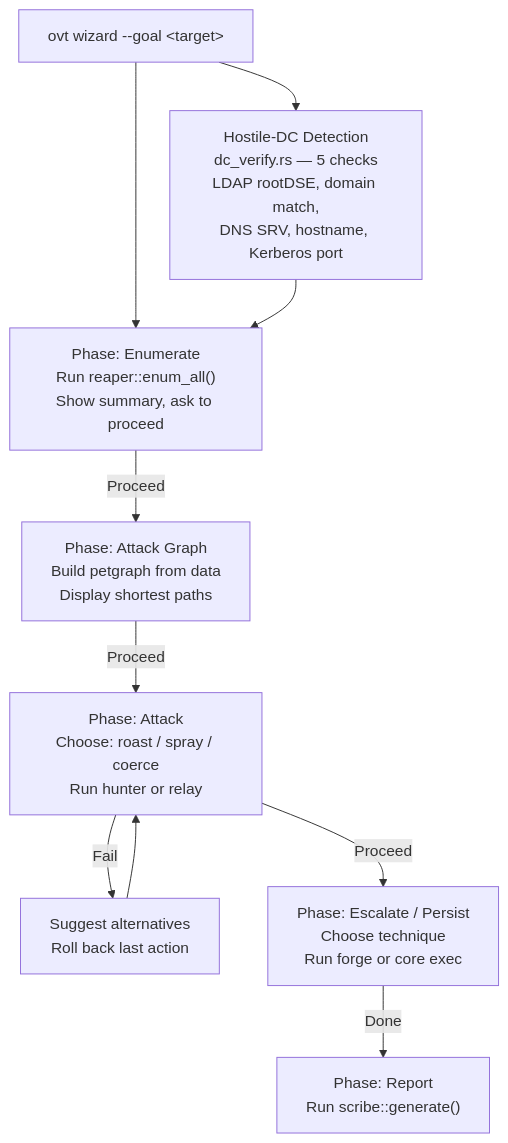
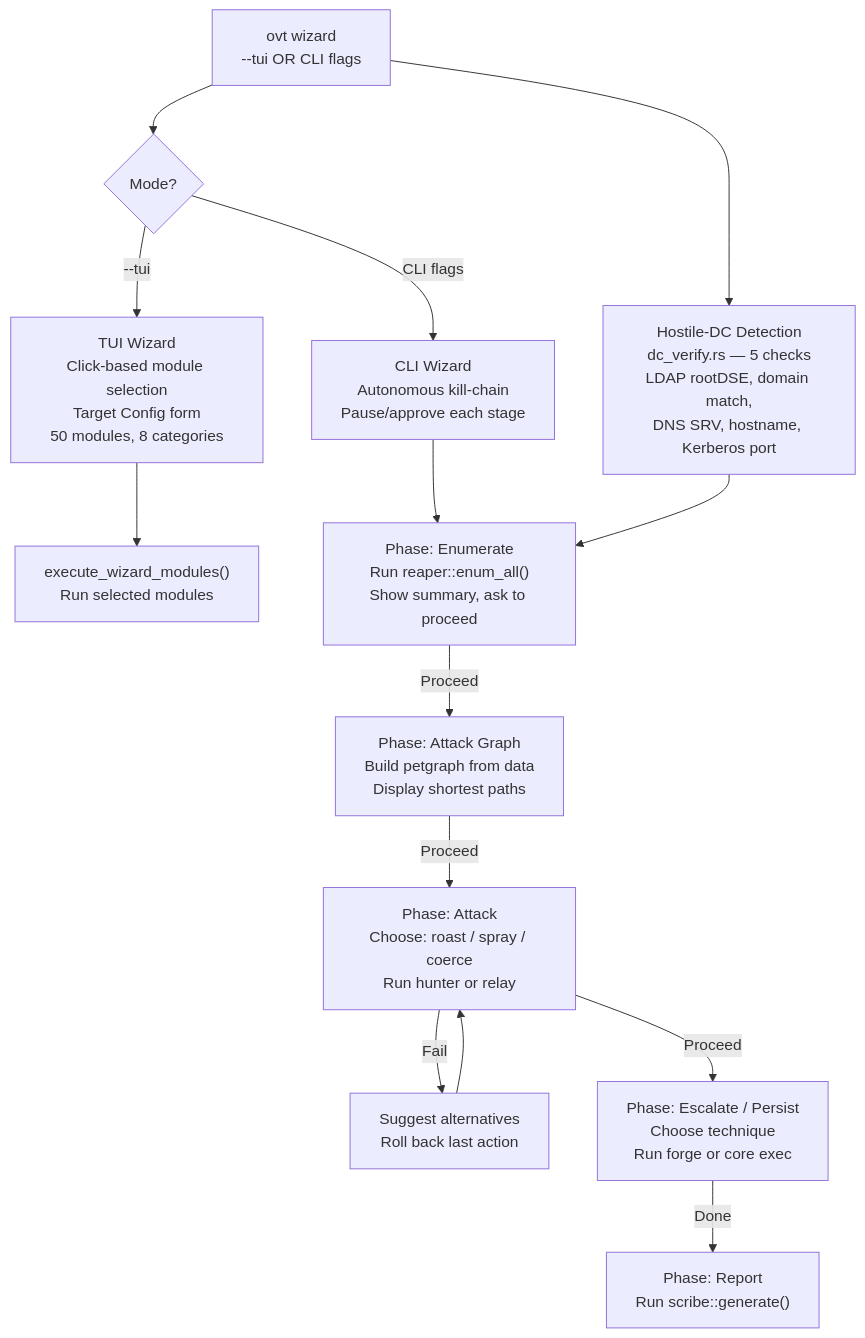
Before and after one commit to Karmanya03/Overthrone: diagram 17 of 35 in ARCHITECTURE.md, drawn with Mermaid. The commit also changed other lines of this file and 30 other files, not shown here.

First line of the commit message:
v0.4.5: critical exploit fixes, SecLists integration, TUI wizard, docs overhaul

````diff
--- a/ARCHITECTURE.md
+++ b/ARCHITECTURE.md
@@ -553,13 +560,19 @@
 ```mermaid
 flowchart TD
-    WIZ["ovt wizard --goal &lt;target&gt;"] --> PHASE1["Phase: Enumerate<br/>Run reaper::enum_all()<br/>Show summary, ask to proceed"]
+    WIZ["ovt wizard<br/>--tui OR CLI flags"] --> MODE{Mode?}
+    MODE -->|"--tui"| TUI["TUI Wizard<br/>Click-based module selection<br/>Target Config form<br/>50 modules, 8 categories"]
+    MODE -->|"CLI flags"| CLI["CLI Wizard<br/>Autonomous kill-chain<br/>Pause/approve each stage"]
+    
+    TUI --> EXEC["execute_wizard_modules()<br/>Run selected modules"]
+    CLI --> PHASE1["Phase: Enumerate<br/>Run reaper::enum_all()<br/>Show summary, ask to proceed"]
+    
     PHASE1 -->|Proceed| PHASE2["Phase: Attack Graph<br/>Build petgraph from data<br/>Display shortest paths"]
     PHASE2 -->|Proceed| PHASE3["Phase: Attack<br/>Choose: roast / spray / coerce<br/>Run hunter or relay"]
     PHASE3 -->|Fail| RETRY["Suggest alternatives<br/>Roll back last action"]
     RETRY --> PHASE3
     PHASE3 -->|Proceed| PHASE4["Phase: Escalate / Persist<br/>Choose technique<br/>Run forge or core exec"]
     PHASE4 -->|Done| REPORT["Phase: Report<br/>Run scribe::generate()"]
-
+    
     WIZ --> DETECT["Hostile-DC Detection<br/>dc_verify.rs — 5 checks<br/>LDAP rootDSE, domain match,<br/>DNS SRV, hostname, Kerberos port"]
     DETECT --> PHASE1
 ```
````
